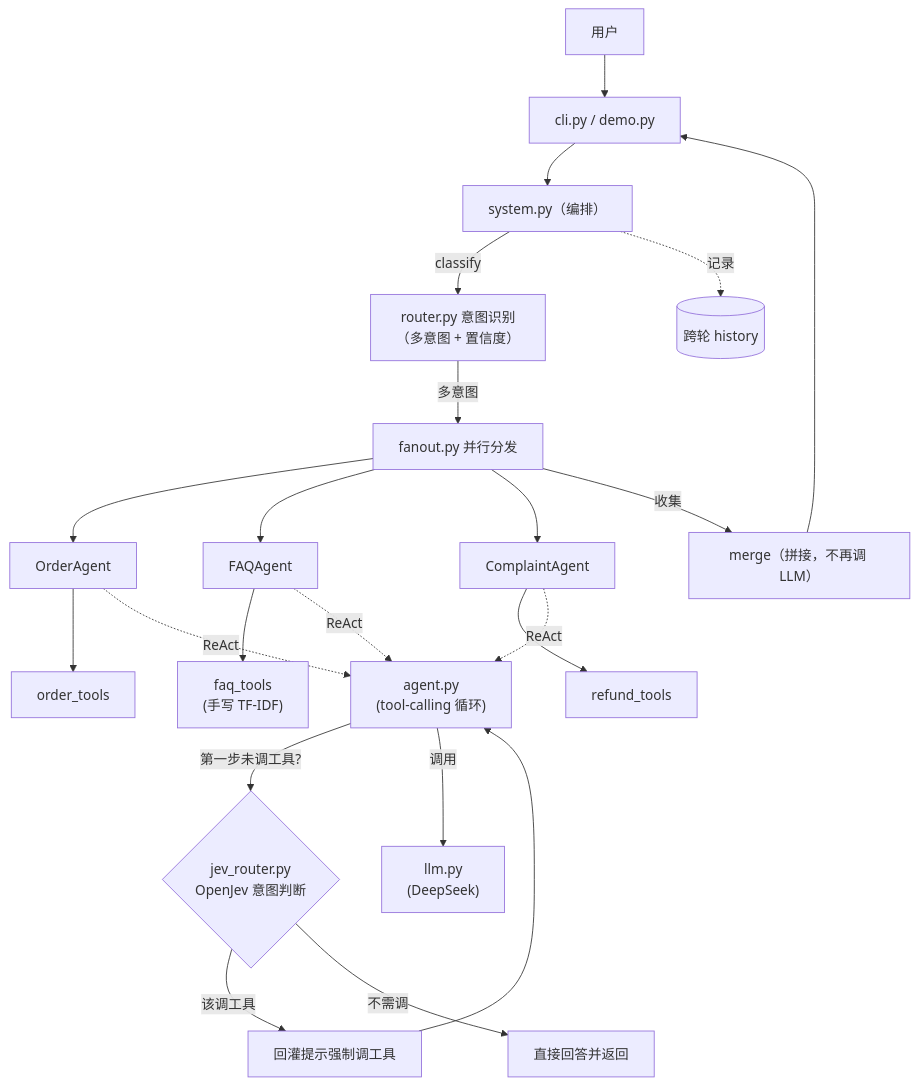
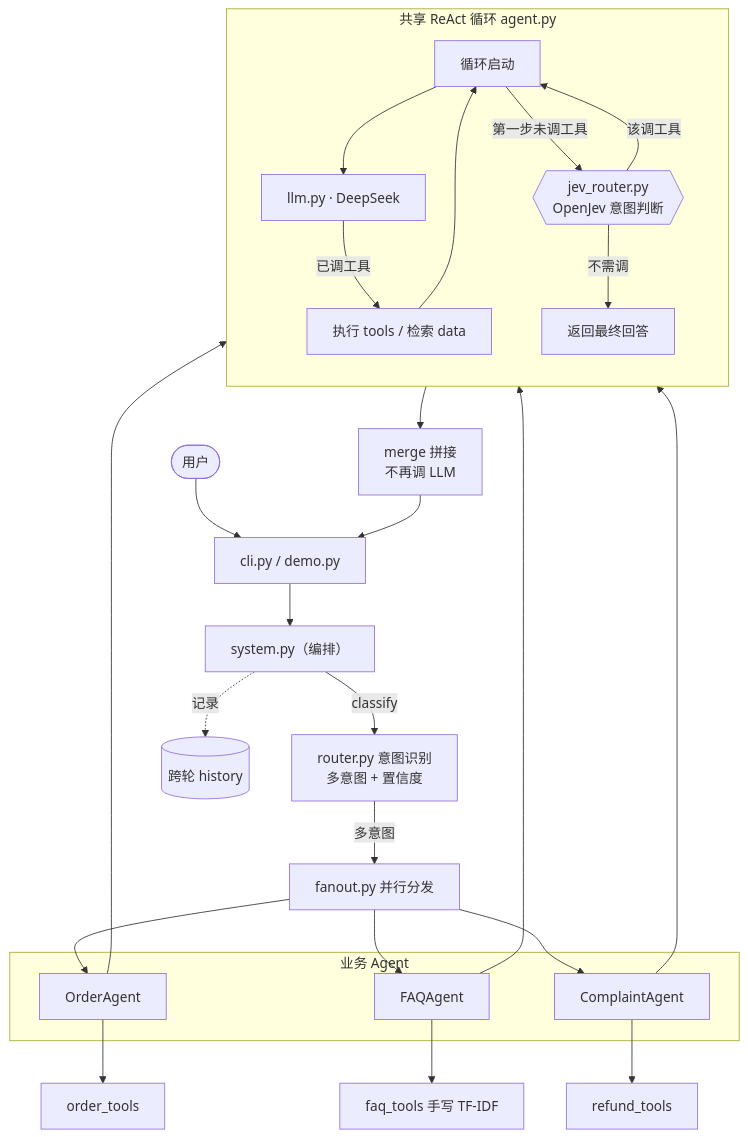
The diagram in docs/architecture.md (AercherC/jev-multi-agent-system), drawn with Mermaid before and after one commit. The commit also changed 1 other file, not shown here.

Commit message:
docs: redesign architecture flowcharts as layered subgraph layout

````diff
--- a/docs/architecture.md
+++ b/docs/architecture.md
@@ -5,22 +5,32 @@
 ```mermaid
-graph TD
-    U[用户] --> CLI["cli.py / demo.py"]
+flowchart TB
+    U([用户]) --> CLI["cli.py / demo.py"]
     CLI --> SYS["system.py（编排）"]
-    SYS -->|classify| R["router.py 意图识别<br/>（多意图 + 置信度）"]
-    R -->|多意图| F["fanout.py 并行分发"]
-    F --> OA[OrderAgent]
-    F --> FA[FAQAgent]
-    F --> CA[ComplaintAgent]
+
+    SYS -->|classify| ROUTER["router.py 意图识别<br/>多意图 + 置信度"]
+    ROUTER -->|多意图| FANOUT["fanout.py 并行分发"]
+
+    subgraph agents["业务 Agent"]
+        OA[OrderAgent]
+        FA[FAQAgent]
+        CA[ComplaintAgent]
+    end
+    FANOUT --> OA & FA & CA
     OA --> OT[order_tools]
-    FA --> FT["faq_tools<br/>(手写 TF-IDF)"]
+    FA --> FT["faq_tools 手写 TF-IDF"]
     CA --> RT[refund_tools]
-    OA & FA & CA -.ReAct.-> AG["agent.py<br/>(tool-calling 循环)"]
-    AG -->|第一步未调工具?| JEV{"jev_router.py<br/>OpenJev 意图判断"}
-    JEV -->|该调工具| RETRY["回灌提示强制调工具"]
-    RETRY --> AG
-    JEV -->|不需调| ANS["直接回答并返回"]
-    AG -->|调用| LLM["llm.py<br/>(DeepSeek)"]
-    F -->|收集| M["merge（拼接，不再调 LLM）"]
-    M --> CLI
+
+    subgraph loop["共享 ReAct 循环 agent.py"]
+        direction TB
+        ENTRY[循环启动] --> LLM["llm.py · DeepSeek"]
+        LLM -->|已调工具| RUN[执行 tools / 检索 data]
+        RUN --> ENTRY
+        ENTRY -->|第一步未调工具| JEV{{"jev_router.py<br/>OpenJev 意图判断"}}
+        JEV -->|该调工具| ENTRY
+        JEV -->|不需调| FINAL[返回最终回答]
+    end
+    OA & FA & CA --> ENTRY
+    FINAL --> MERGE["merge 拼接<br/>不再调 LLM"]
+    MERGE --> CLI
     SYS -.记录.-> H[(跨轮 history)]
 ```
````
